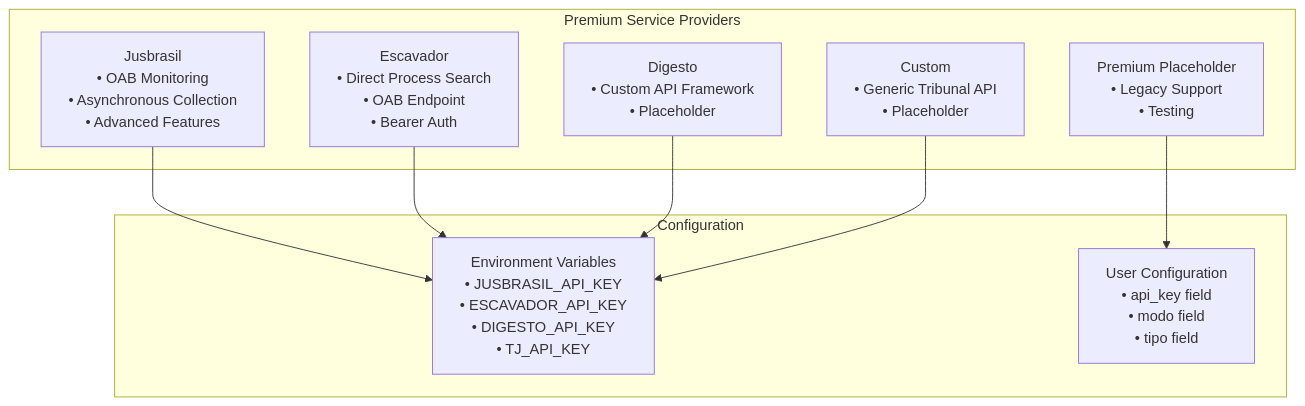
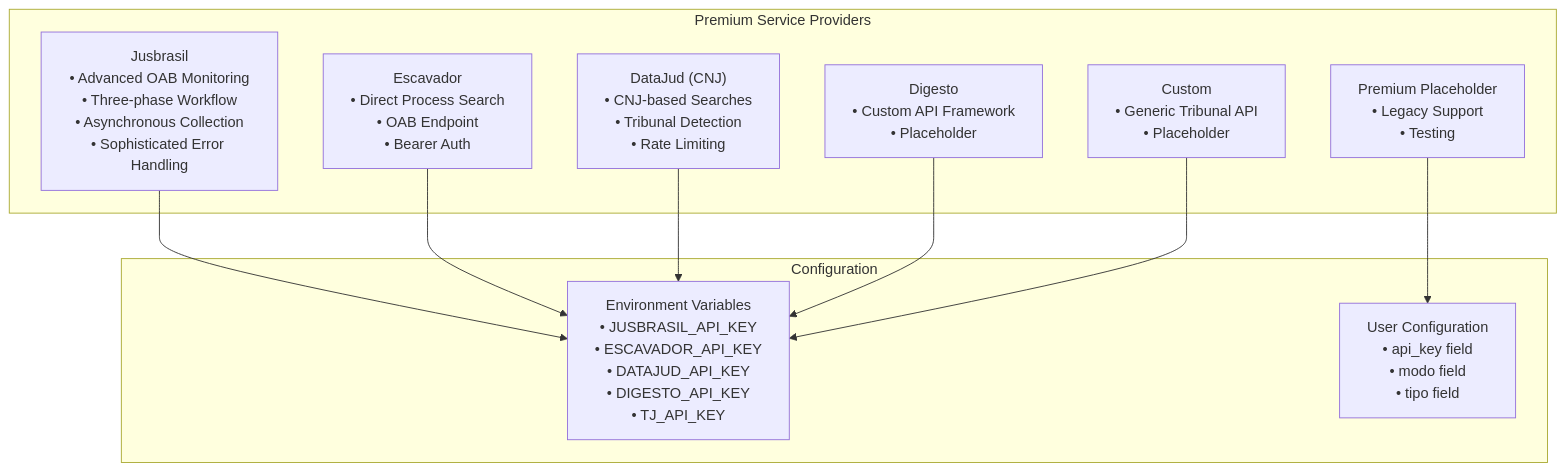
One commit to Alexandrexicara/bot-processos changed the eighth of 20 diagrams in .qoder/repowiki/en/content/API Integration Layer/Premium Paid Service Integration.md. Above: the diagram before and after it, drawn with Mermaid. The commit also changed other lines of this file and 10 other files, not shown here.

````diff
--- a/.qoder/repowiki/en/content/API Integration Layer/Premium Paid Service Integration.md
+++ b/.qoder/repowiki/en/content/API Integration Layer/Premium Paid Service Integration.md
@@ -395,19 +406,21 @@
 ```mermaid
 graph TD
 subgraph "Premium Service Providers"
-Jusbrasil["Jusbrasil<br/>• OAB Monitoring<br/>• Asynchronous Collection<br/>• Advanced Features"]
+Jusbrasil["Jusbrasil<br/>• Advanced OAB Monitoring<br/>• Three-phase Workflow<br/>• Asynchronous Collection<br/>• Sophisticated Error Handling"]
 Escavador["Escavador<br/>• Direct Process Search<br/>• OAB Endpoint<br/>• Bearer Auth"]
+DataJud["DataJud (CNJ)<br/>• CNJ-based Searches<br/>• Tribunal Detection<br/>• Rate Limiting"]
 Digesto["Digesto<br/>• Custom API Framework<br/>• Placeholder"]
 Custom["Custom<br/>• Generic Tribunal API<br/>• Placeholder"]
 Premium["Premium Placeholder<br/>• Legacy Support<br/>• Testing"]
 end
 subgraph "Configuration"
-EnvVars["Environment Variables<br/>• JUSBRASIL_API_KEY<br/>• ESCAVADOR_API_KEY<br/>• DIGESTO_API_KEY<br/>• TJ_API_KEY"]
+EnvVars["Environment Variables<br/>• JUSBRASIL_API_KEY<br/>• ESCAVADOR_API_KEY<br/>• DATAJUD_API_KEY<br/>• DIGESTO_API_KEY<br/>• TJ_API_KEY"]
 UserConfig["User Configuration<br/>• api_key field<br/>• modo field<br/>• tipo field"]
 end
 Jusbrasil --> EnvVars
 Escavador --> EnvVars
+DataJud --> EnvVars
 Digesto --> EnvVars
 Custom --> EnvVars
 Premium --> UserConfig
 ```
````
